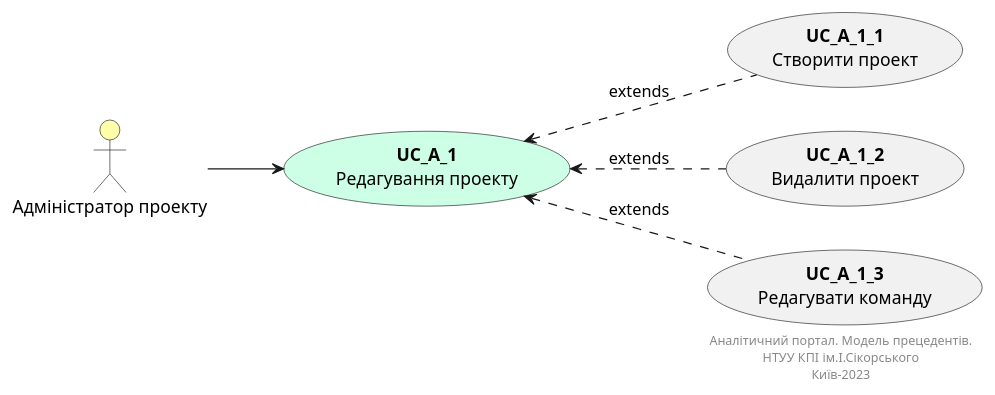
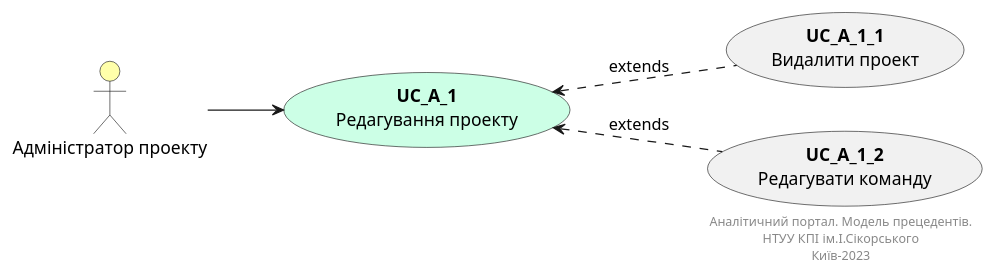
The third of 3 diagrams in docs/use cases/use-case-model.md (edu-db/edu_db_labs), drawn with PlantUML before and after one commit. The commit also changed other lines of this file and 3 other files, not shown here.

```diff
--- a/docs/use cases/use-case-model.md
+++ b/docs/use cases/use-case-model.md
@@ -113,25 +123,23 @@
 @startuml
 
     left to right direction
 
     actor "Адміністратор проекту" as Administrator #ffffaa
     
     usecase "<b>UC_A_1</b>\nРедагування проекту" as UC_A_1 #ccffe6
     
     Administrator -d-> UC_A_1
 
-    usecase "<b>UC_A_1_1</b>\nСтворити проект" as UC_A_1_1
-    usecase "<b>UC_A_1_2</b>\nВидалити проект" as UC_A_1_2
-    usecase "<b>UC_A_1_3</b>\nРедагувати команду" as UC_A_1_3
+    usecase "<b>UC_A_1_1</b>\nВидалити проект" as UC_A_1_1
+    usecase "<b>UC_A_1_2</b>\nРедагувати команду" as UC_A_1_2
 
     UC_A_1_1 .u.> UC_A_1 :extends
     UC_A_1_2 .u.> UC_A_1 :extends
-    UC_A_1_3 .u.> UC_A_1 :extends
     
     right footer
         Аналітичний портал. Модель прецедентів.
         НТУУ КПІ ім.І.Сікорського
         Київ-2023
     end footer
 
 @enduml
```
